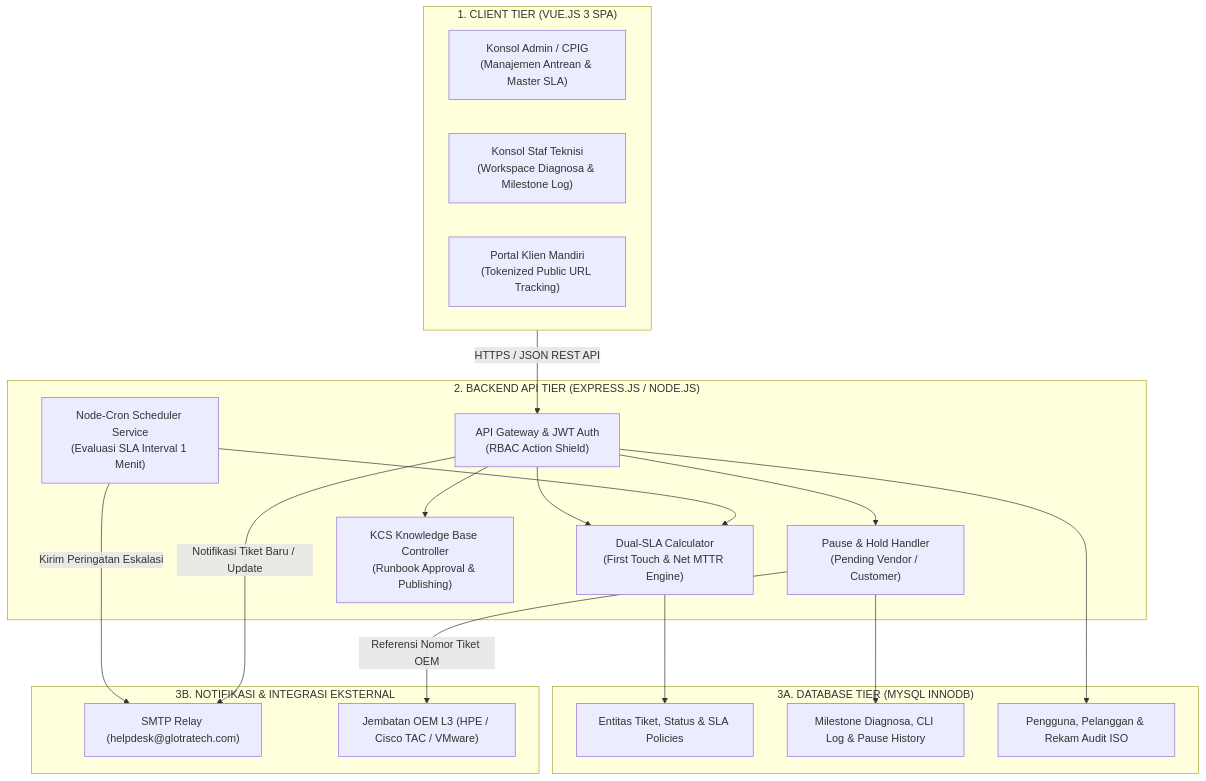
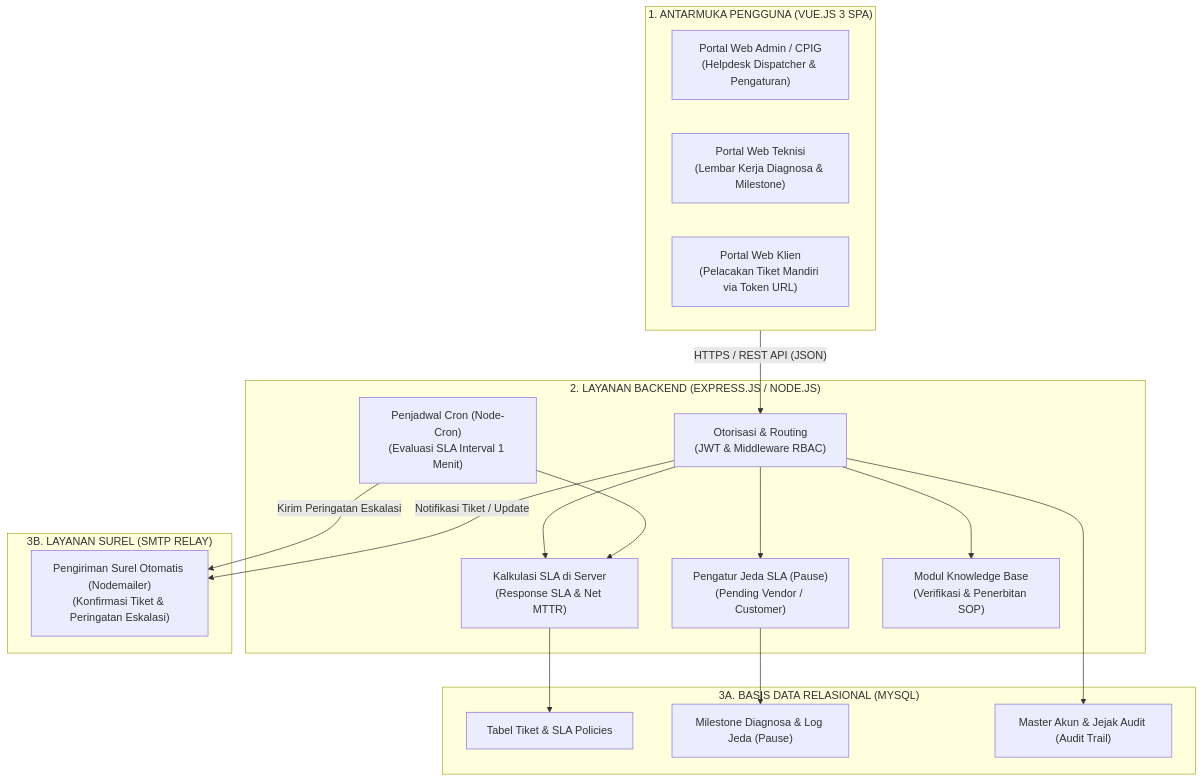
One commit to Wizfie/Helpdesk-Ticketing changed the first of 2 diagrams in docs/arsitektur-dan-logical-flow.md. Above: the diagram before and after it, drawn with Mermaid. The commit also changed other lines of this file and 3 other files, not shown here.

Commit message:
docs: adapt architecture report into clean student design proposal with glossary, flowchart, and standard styling

````diff
--- a/docs/arsitektur-dan-logical-flow.md
+++ b/docs/arsitektur-dan-logical-flow.md
@@ -40,41 +28,39 @@
 ```mermaid
 graph TB
-    subgraph L1 ["1. CLIENT TIER (VUE.JS 3 SPA)"]
-        UI_Admin["Konsol Admin / CPIG<br/>(Manajemen Antrean & Master SLA)"]
-        UI_Tech["Konsol Staf Teknisi<br/>(Workspace Diagnosa & Milestone Log)"]
-        UI_Client["Portal Klien Mandiri<br/>(Tokenized Public URL Tracking)"]
+    subgraph Tier1 ["1. ANTARMUKA PENGGUNA (VUE.JS 3 SPA)"]
+        UI_Admin["Portal Web Admin / CPIG<br/>(Helpdesk Dispatcher & Pengaturan)"]
+        UI_Tech["Portal Web Teknisi<br/>(Lembar Kerja Diagnosa & Milestone)"]
+        UI_Client["Portal Web Klien<br/>(Pelacakan Tiket Mandiri via Token URL)"]
     end
 
-    subgraph L2 ["2. BACKEND API TIER (EXPRESS.JS / NODE.JS)"]
-        Gateway["API Gateway & JWT Auth<br/>(RBAC Action Shield)"]
-        SLA_Engine["Dual-SLA Calculator<br/>(First Touch & Net MTTR Engine)"]
-        Pause_Engine["Pause & Hold Handler<br/>(Pending Vendor / Customer)"]
-        Scheduler["Node-Cron Scheduler Service<br/>(Evaluasi SLA Interval 1 Menit)"]
-        KCS_Engine["KCS Knowledge Base Controller<br/>(Runbook Approval & Publishing)"]
+    subgraph Tier2 ["2. LAYANAN BACKEND (EXPRESS.JS / NODE.JS)"]
+        Gateway["Otorisasi & Routing<br/>(JWT & Middleware RBAC)"]
+        SLA_Engine["Kalkulasi SLA di Server<br/>(Response SLA & Net MTTR)"]
+        Pause_Engine["Pengatur Jeda SLA (Pause)<br/>(Pending Vendor / Customer)"]
+        Scheduler["Penjadwal Cron (Node-Cron)<br/>(Evaluasi SLA Interval 1 Menit)"]
+        KCS_Engine["Modul Knowledge Base<br/>(Verifikasi & Penerbitan SOP)"]
     end
 
-    subgraph L3A ["3A. DATABASE TIER (MYSQL INNODB)"]
-        DB_Tickets["Entitas Tiket, Status & SLA Policies"]
-        DB_Logs["Milestone Diagnosa, CLI Log & Pause History"]
-        DB_Users["Pengguna, Pelanggan & Rekam Audit ISO"]
+    subgraph Tier3A ["3A. BASIS DATA RELASIONAL (MYSQL)"]
+        DB_Tickets["Tabel Tiket & SLA Policies"]
+        DB_Logs["Milestone Diagnosa & Log Jeda (Pause)"]
+        DB_Users["Master Akun & Jejak Audit (Audit Trail)"]
     end
 
-    subgraph L3B ["3B. NOTIFIKASI & INTEGRASI EKSTERNAL"]
-        SMTP["SMTP Relay (helpdesk@glotratech.com)"]
-        OEM["Jembatan OEM L3 (HPE / Cisco TAC / VMware)"]
+    subgraph Tier3B ["3B. LAYANAN SUREL (SMTP RELAY)"]
+        SMTP["Pengiriman Surel Otomatis (Nodemailer)<br/>(Konfirmasi Tiket & Peringatan Eskalasi)"]
     end
 
-    L1 -- "HTTPS / JSON REST API" --> Gateway
+    Tier1 -- "HTTPS / REST API (JSON)" --> Gateway
     Gateway --> SLA_Engine
     Gateway --> Pause_Engine
     Gateway --> KCS_Engine
     Scheduler --> SLA_Engine
     
     SLA_Engine --> DB_Tickets
     Pause_Engine --> DB_Logs
     Gateway --> DB_Users
     
     Scheduler -- "Kirim Peringatan Eskalasi" --> SMTP
-    Gateway -- "Notifikasi Tiket Baru / Update" --> SMTP
-    Pause_Engine -- "Referensi Nomor Tiket OEM" --> OEM
+    Gateway -- "Notifikasi Tiket / Update" --> SMTP
 ```
````
